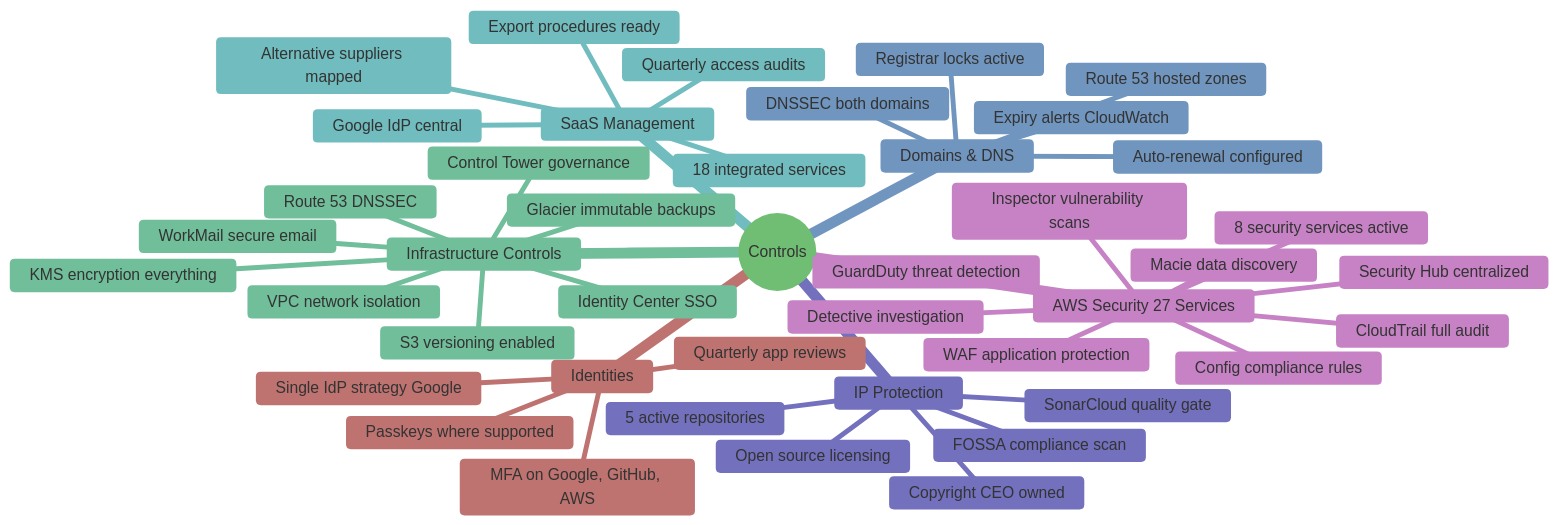
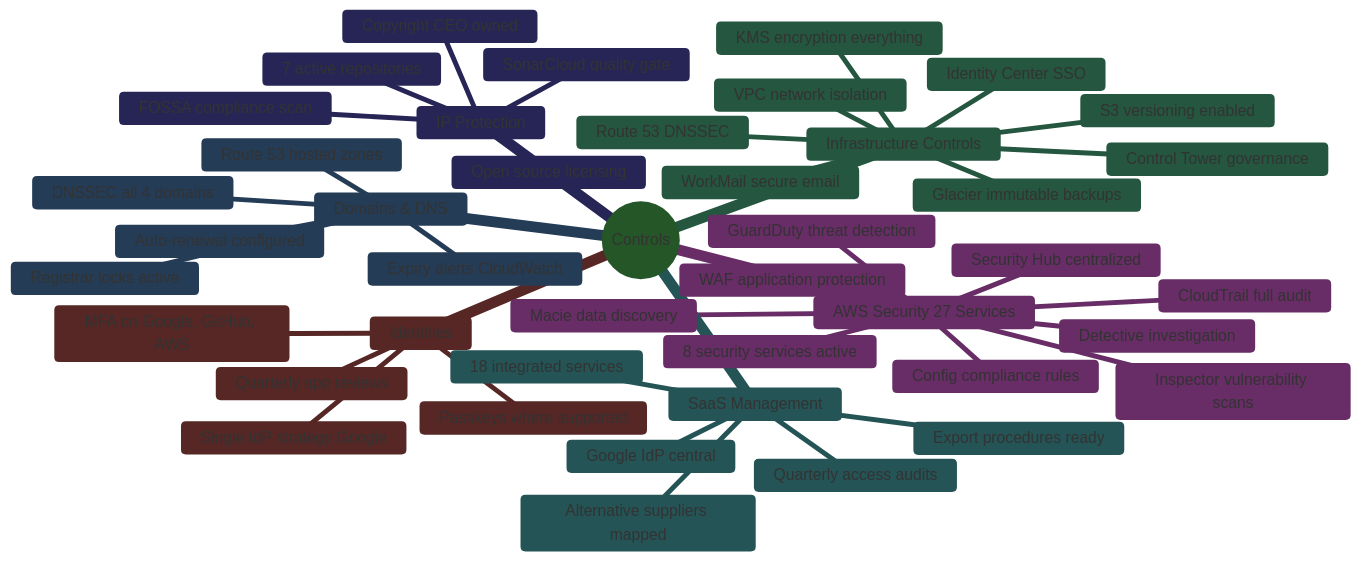
Before and after one commit to Hack23/ISMS-PUBLIC: the fourth of 8 diagrams in Asset_Register.md, drawn with Mermaid. The commit also changed other lines of this file and 35 other files, not shown here.

````diff
--- a/Asset_Register.md
+++ b/Asset_Register.md
@@ -438,49 +473,49 @@
 ```mermaid
 %%{
-  init: { 'theme': 'base', 'themeVariables': { 'primaryColor': '#c8e6c9', 'lineColor': '#66bb6a' } }
+  init: { 'theme': 'base', 'themeVariables': { 'primaryColor': '#4CAF50', 'lineColor': '#4CAF50' } }
 }%%
 mindmap
   root((Controls))
     Identities
       MFA on Google, GitHub, AWS
       Quarterly app reviews
       Passkeys where supported
       Single IdP strategy Google
     AWS Security 27 Services
       8 security services active
       GuardDuty threat detection
       Security Hub centralized
       Macie data discovery
       WAF application protection
       Inspector vulnerability scans
       Detective investigation
       Config compliance rules
       CloudTrail full audit
     Infrastructure Controls
       Control Tower governance
       Identity Center SSO
       KMS encryption everything
       VPC network isolation
       Route 53 DNSSEC
       S3 versioning enabled
       Glacier immutable backups
       WorkMail secure email
     SaaS Management
       Google IdP central
       18 integrated services
       Quarterly access audits
       Export procedures ready
       Alternative suppliers mapped
     Domains & DNS
       Route 53 hosted zones
-      DNSSEC both domains
+      DNSSEC all 4 domains
       Registrar locks active
       Auto-renewal configured
       Expiry alerts CloudWatch
     IP Protection
-      5 active repositories
+      7 active repositories
       Open source licensing
       Copyright CEO owned
       FOSSA compliance scan
       SonarCloud quality gate
 ```
````
